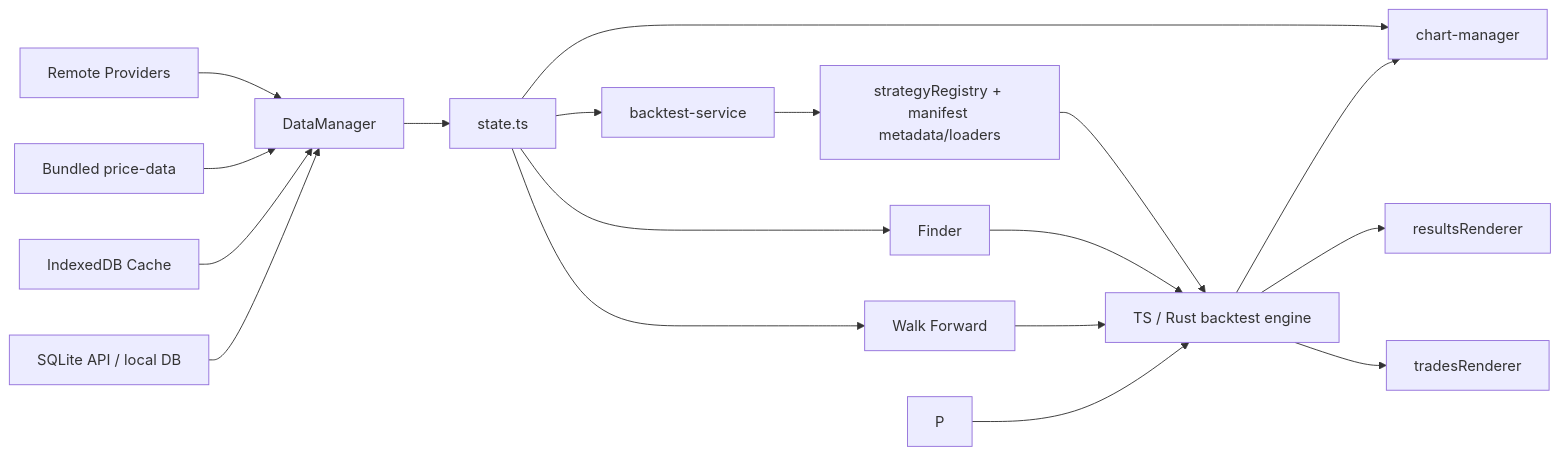
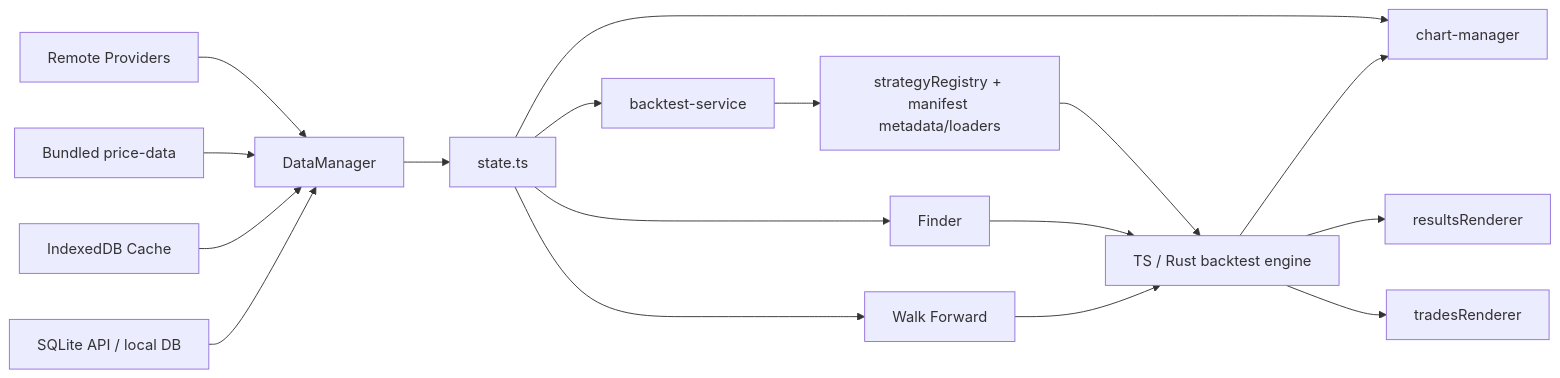
One commit to ocim128/Strategies-Finder changed the diagram in README.md. Above: the diagram before and after it, drawn with Mermaid. The commit also changed other lines of this file and 16 other files, not shown here.

````diff
--- a/README.md
+++ b/README.md
@@ -99,28 +99,27 @@
 ```mermaid
 flowchart LR
     A[Remote Providers]
     B[Bundled price-data]
     C[IndexedDB Cache]
     D[SQLite API / local DB]
 
     A --> E[DataManager]
     B --> E
     C --> E
     D --> E
 
     E --> F[state.ts]
     F --> G[chart-manager]
     F --> H[backtest-service]
 
     H --> I[strategyRegistry + manifest metadata/loaders]
     I --> J[TS / Rust backtest engine]
     J --> K[resultsRenderer]
     J --> L[tradesRenderer]
     J --> G
 
     F --> M[Finder]
     F --> O[Walk Forward]
     M --> J
     O --> J
-    P --> J
 ```
````
